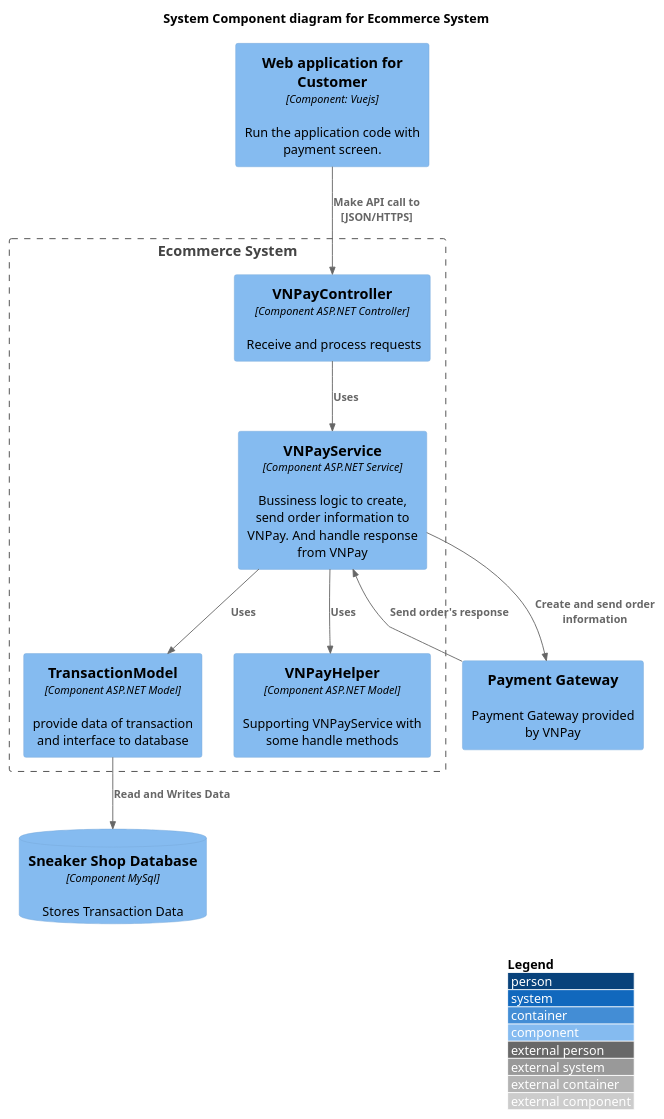
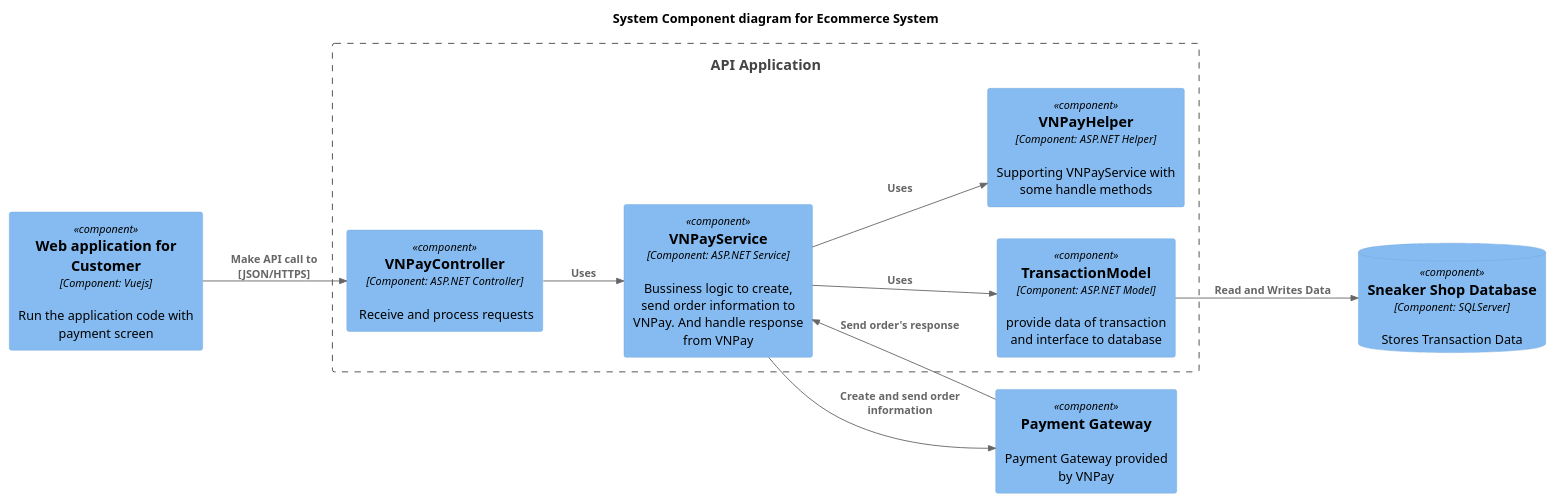
One commit to cuongchu264/PTTKHuongDoiTuong changed the diagram in C4 model/Component/PaymentComponent.puml. Above: the diagram before and after it, drawn with PlantUML. The commit also changed 24 other files, not shown here.

Commit message:
Recheck component code

```diff
--- a/C4 model/Component/PaymentComponent.puml
+++ b/C4 model/Component/PaymentComponent.puml
@@ -1,28 +1,28 @@
 @startuml
 !include https://raw.githubusercontent.com/plantuml-stdlib/C4-PlantUML/master/C4_Component.puml
 ' uncomment the following line and comment the first to use locally
 ' !include C4_Component.puml
 
-LAYOUT_WITH_LEGEND()
+LAYOUT_LEFT_RIGHT()
 
 title System Component diagram for Ecommerce System
 
-Component(web_app, "Web application for Customer","Component: Vuejs", "Run the application code with payment screen.")
-ComponentDb(db, "Sneaker Shop Database","Component MySql", "Stores Transaction Data")
+Component(web_app, "Web application for Customer","Component: Vuejs", "Run the application code with payment screen")
+ComponentDb(db, "Sneaker Shop Database","Component: SQLServer", "Stores Transaction Data")
 Component(payment, "Payment Gateway", ,"Payment Gateway provided by VNPay")
 
-Boundary(System, "Ecommerce System") {
-    Component(Controller, "VNPayController", "Component ASP.NET Controller", " Receive and process requests")
-    Component(Service, "VNPayService","Component ASP.NET Service", "Bussiness logic to create, send order information to VNPay. And handle response from VNPay")
-    Component(model, "TransactionModel", "Component ASP.NET Model", "provide data of transaction and interface to database")
-    Component(helper, " VNPayHelper", "Component ASP.NET Model", "Supporting VNPayService with some handle methods")
+Boundary(System, "API Application") {
+    Component(Controller, "VNPayController", "Component: ASP.NET Controller", " Receive and process requests")
+    Component(Service, "VNPayService","Component: ASP.NET Service", "Bussiness logic to create, send order information to VNPay. And handle response from VNPay")
+    Component(model, "TransactionModel", "Component: ASP.NET Model", "provide data of transaction and interface to database")
+    Component(helper, " VNPayHelper", "Component: ASP.NET Helper", "Supporting VNPayService with some handle methods")
 
     Rel(Controller, Service, "Uses")
     Rel(Service, model, "Uses")
     Rel(Service, helper, "Uses")
     Rel(Service, payment, "Create and send order information")
     Rel(payment,Service, "Send order's response")
     Rel(model, db, "Read and Writes Data")
     Rel(web_app,Controller, "Make API call to [JSON/HTTPS]")
 }
 @enduml
```
